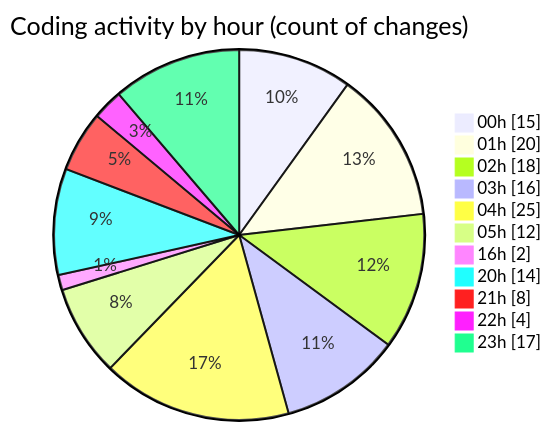
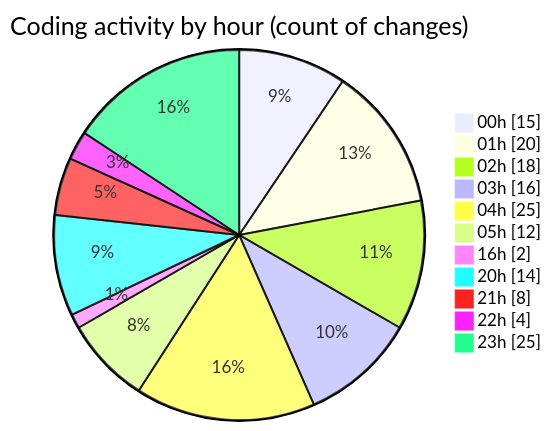
One commit to lephambinh05/code-tracking changed the second of 2 diagrams in 2025-08-04/studybuddy/README.md. Above: the diagram before and after it, drawn with Mermaid. The commit also changed other lines of this file and 1 other file, not shown here.

````diff
--- a/2025-08-04/studybuddy/README.md
+++ b/2025-08-04/studybuddy/README.md
@@ -65,15 +65,15 @@
 ```mermaid
 pie showData
 title Coding activity by hour (count of changes)
 "00h" : 15
 "01h" : 20
 "02h" : 18
 "03h" : 16
 "04h" : 25
 "05h" : 12
 "16h" : 2
 "20h" : 14
 "21h" : 8
 "22h" : 4
-"23h" : 17
+"23h" : 25
 ```
````
